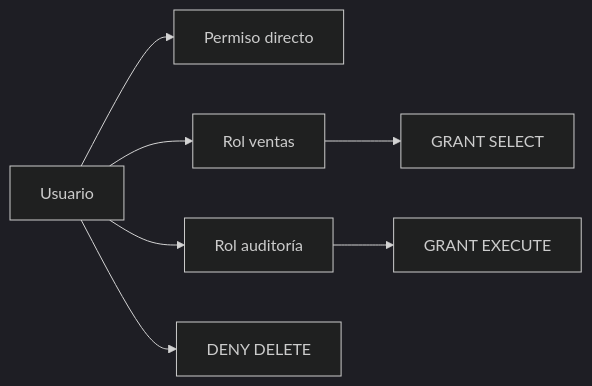
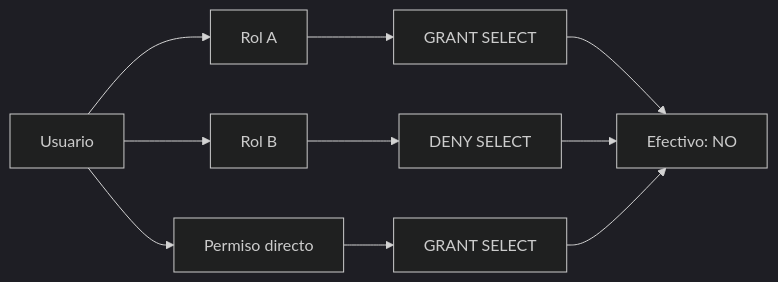
One commit to unlam-informatica/unlam-informatica.github.io changed the diagram in src/content/docs/bbdd-aplicadas/unidad-5/teoria/seguridad-permisos.md. Above: the diagram before and after it, drawn with Mermaid (dark theme). The commit also changed other lines of this file and 100 other files, not shown here.

````diff
--- a/src/content/docs/bbdd-aplicadas/unidad-5/teoria/seguridad-permisos.md
+++ b/src/content/docs/bbdd-aplicadas/unidad-5/teoria/seguridad-permisos.md
@@ -73,9 +290,12 @@
 ```mermaid
 flowchart LR
     U[Usuario] --> D[Permiso directo]
-    U --> R1[Rol ventas]
-    U --> R2[Rol auditoría]
+    U --> R1[Rol A]
+    U --> R2[Rol B]
     R1 --> G1[GRANT SELECT]
-    R2 --> G2[GRANT EXECUTE]
-    U --> N[DENY DELETE]
+    R2 --> G2[DENY SELECT]
+    D --> G3[GRANT SELECT]
+    G1 --> E[Efectivo: NO]
+    G2 --> E
+    G3 --> E
 ```
````
